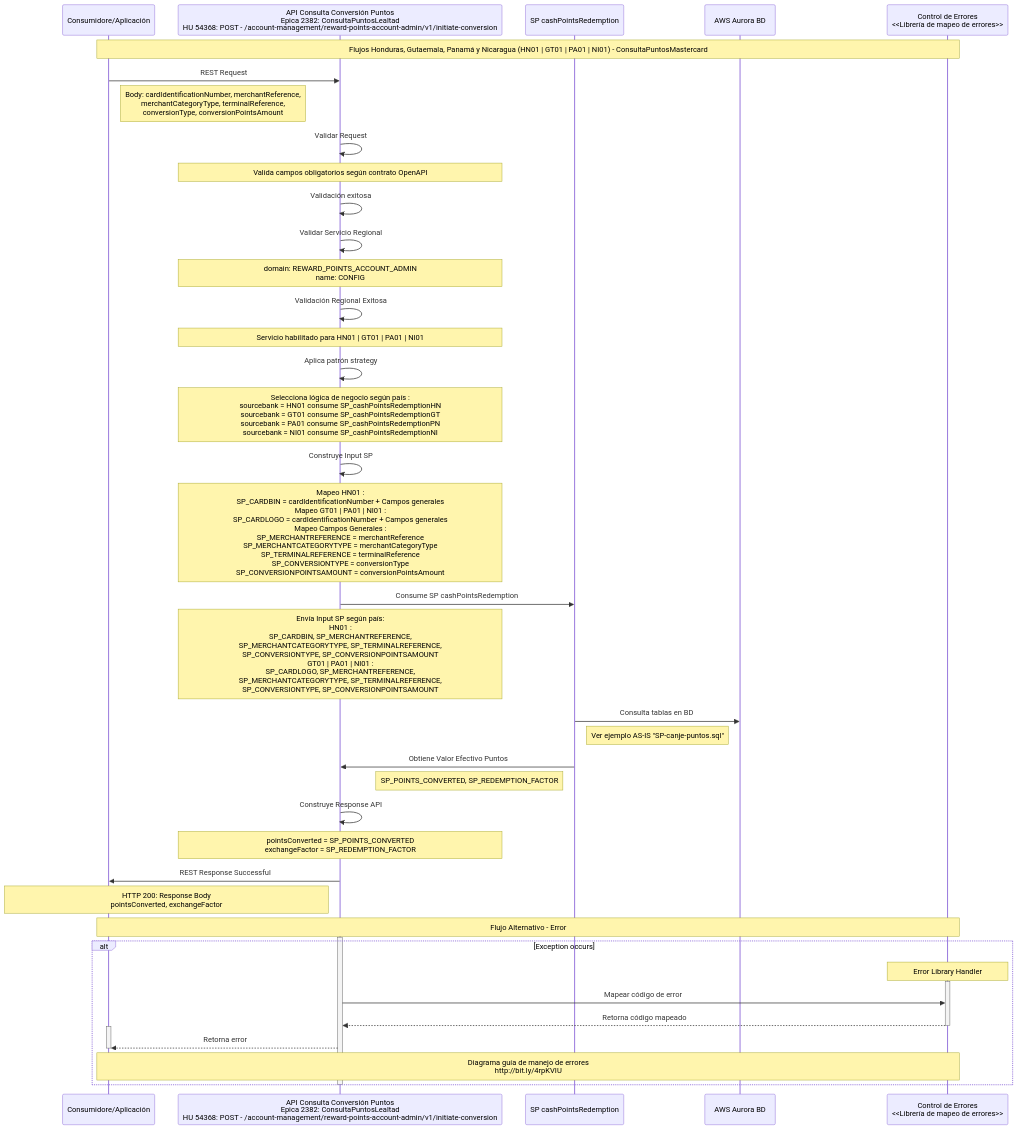
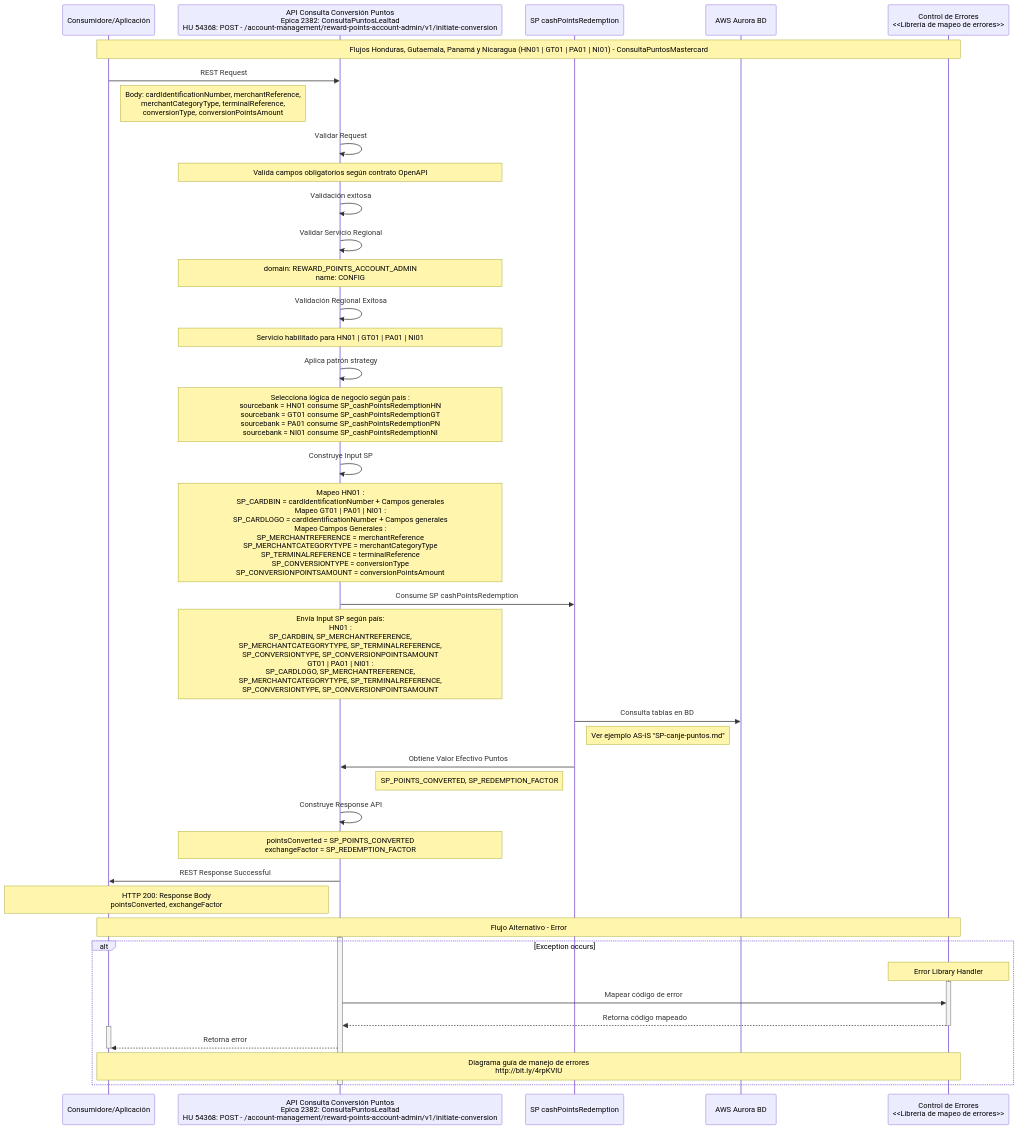
The diagram in ZMigrationFeature/ConsultaPuntosLealtad/TO-BE-54368-04-Secuencia-XRS-P2.mmd (jmolano10/ficohsa-capa-media), drawn with Mermaid before and after one commit.

Commit message:
docs(ConsultaPuntosLealtad): correct AS-IS example file reference from .sql to .md
Update the sequence diagram note to reference the example file with its correct extension (.md instead of .sql), ensuring accurate documentation for the loyalty points consultation feature.

```diff
--- a/ZMigrationFeature/ConsultaPuntosLealtad/TO-BE-54368-04-Secuencia-XRS-P2.mmd
+++ b/ZMigrationFeature/ConsultaPuntosLealtad/TO-BE-54368-04-Secuencia-XRS-P2.mmd
@@ -1,59 +1,59 @@
 
 sequenceDiagram
     participant Consumidor as Consumidore/Aplicación
     participant API as API Consulta Conversión Puntos <br> Epica 2382: ConsultaPuntosLealtad <br> HU 54368:  POST - /account-management/reward-points-account-admin/v1/initiate-conversion
     participant SP as SP cashPointsRedemption
     participant BD as AWS Aurora BD 
     participant Errors as Control de Errores <br> <<Librería de mapeo de errores>>
     
     Note over Consumidor, Errors: Flujos Honduras, Gutaemala, Panamá y Nicaragua (HN01 | GT01 | PA01 | NI01) - ConsultaPuntosMastercard
 
     Consumidor->>API: REST Request
     Note right of Consumidor: Body: cardIdentificationNumber, merchantReference, <br> merchantCategoryType, terminalReference, <br> conversionType, conversionPointsAmount
 
     API->>API: Validar Request
     Note over API: Valida campos obligatorios según contrato OpenAPI 
 
     API->>API: Validación exitosa
 
     API->>API: Validar Servicio Regional
     Note over API: domain: REWARD_POINTS_ACCOUNT_ADMIN <br> name: CONFIG
 
     API->>API: Validación Regional Exitosa
     Note over API: Servicio habilitado para HN01 | GT01 | PA01 | NI01
 
     API->>API: Aplica patrón strategy
     Note over API: Selecciona lógica de negocio según país : <br> sourcebank = HN01 consume SP_cashPointsRedemptionHN <br> sourcebank = GT01 consume SP_cashPointsRedemptionGT <br> sourcebank = PA01 consume SP_cashPointsRedemptionPN <br> sourcebank = NI01 consume SP_cashPointsRedemptionNI
 
     API->>API: Construye Input SP
     Note over API: Mapeo HN01 : <br> SP_CARDBIN = cardIdentificationNumber + Campos generales <br> Mapeo GT01 | PA01 | NI01 : <br> SP_CARDLOGO = cardIdentificationNumber + Campos generales  <br> Mapeo Campos Generales : <br> SP_MERCHANTREFERENCE = merchantReference <br> SP_MERCHANTCATEGORYTYPE = merchantCategoryType <br> SP_TERMINALREFERENCE = terminalReference <br> SP_CONVERSIONTYPE = conversionType <br> SP_CONVERSIONPOINTSAMOUNT = conversionPointsAmount
 
     API->>SP: Consume SP cashPointsRedemption
     Note over API: Envía Input SP según país: <br> HN01 : <br> SP_CARDBIN, SP_MERCHANTREFERENCE, <br> SP_MERCHANTCATEGORYTYPE, SP_TERMINALREFERENCE, <br> SP_CONVERSIONTYPE, SP_CONVERSIONPOINTSAMOUNT <br> GT01 | PA01 | NI01 : <br> SP_CARDLOGO, SP_MERCHANTREFERENCE, <br> SP_MERCHANTCATEGORYTYPE, SP_TERMINALREFERENCE, <br> SP_CONVERSIONTYPE, SP_CONVERSIONPOINTSAMOUNT
 
     SP->>BD: Consulta tablas en BD
-    Note right of SP: Ver ejemplo AS-IS "SP-canje-puntos.sql"
+    Note right of SP: Ver ejemplo AS-IS "SP-canje-puntos.md"
     
     SP->>API: Obtiene Valor Efectivo Puntos
     Note left of SP: SP_POINTS_CONVERTED, SP_REDEMPTION_FACTOR
 
     API->>API: Construye Response API
     Note over API: pointsConverted = SP_POINTS_CONVERTED <br> exchangeFactor = SP_REDEMPTION_FACTOR
 
     API->>Consumidor: REST Response Successful
     Note left of API: HTTP 200: Response Body <br> pointsConverted, exchangeFactor
 
     Note over Consumidor, Errors: Flujo Alternativo - Error
     activate API
     alt Exception occurs
         note over Errors: Error Library Handler
         activate Errors
             API->> Errors: Mapear código de error
             Errors -->> API: Retorna código mapeado
         deactivate Errors
         activate Consumidor
             API-->> Consumidor: Retorna error
         deactivate Consumidor
         Note over Consumidor,Errors: Diagrama guía de manejo de errores <br> http://bit.ly/4rpKVIU
     end
     deactivate API
```
